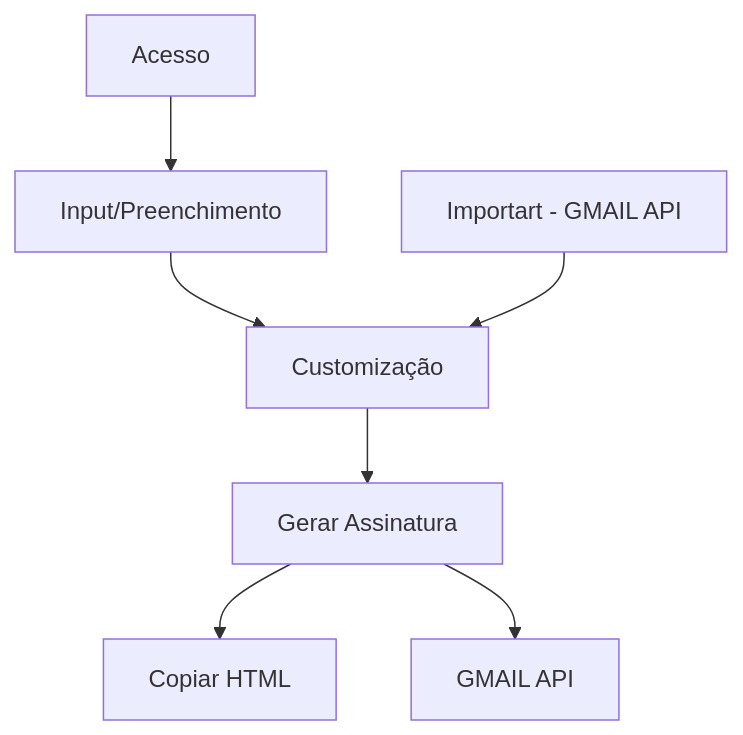
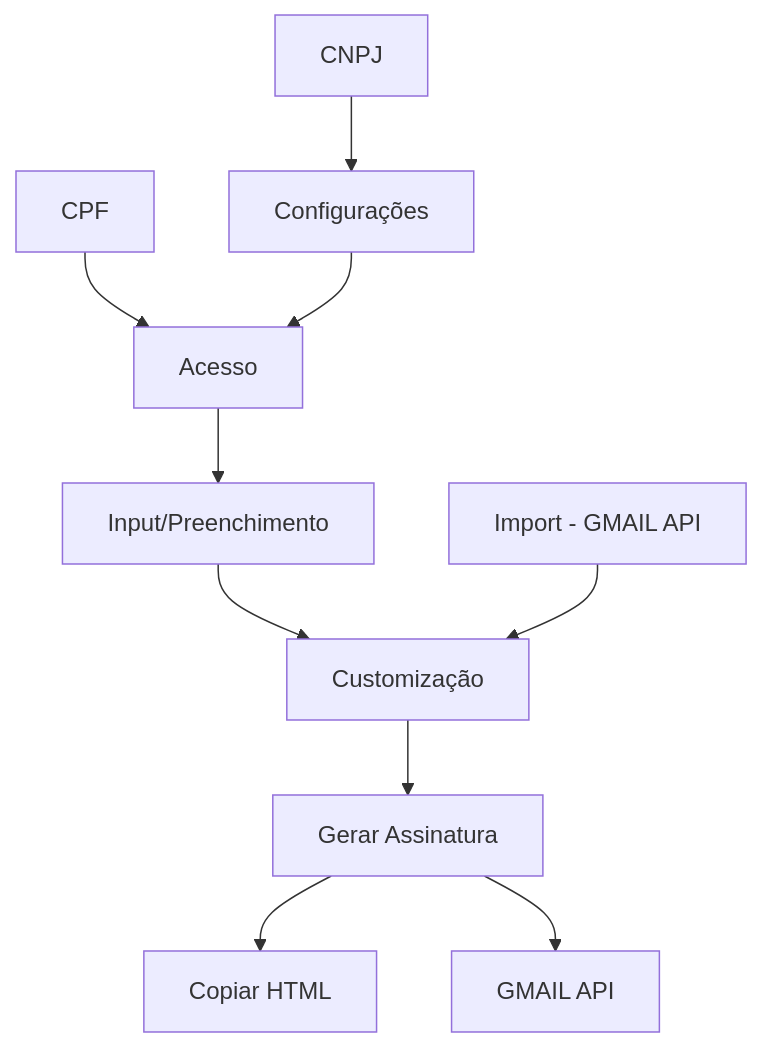
One commit to rpradosilva/rpradosilva changed the diagram in ideas/gae/README.md. Above: the diagram before and after it, drawn with Mermaid.

Commit message:
Update: Flow

````diff
--- a/ideas/gae/README.md
+++ b/ideas/gae/README.md
@@ -26,7 +26,10 @@
 ```mermaid
 flowchart TB
+    CPF-->Acesso
+    CNPJ-->Configurações
+    Configurações-->Acesso
     Acesso-->Input/Preenchimento
-    Input/Preenchimento & E[Importart - GMAIL API]-->C[Customização]
+    Input/Preenchimento & E[Import - GMAIL API]-->C[Customização]
     C[Customização]-->G[Gerar Assinatura]
     G[Gerar Assinatura]--> H[Copiar HTML] & M[GMAIL API]
 ```
````
